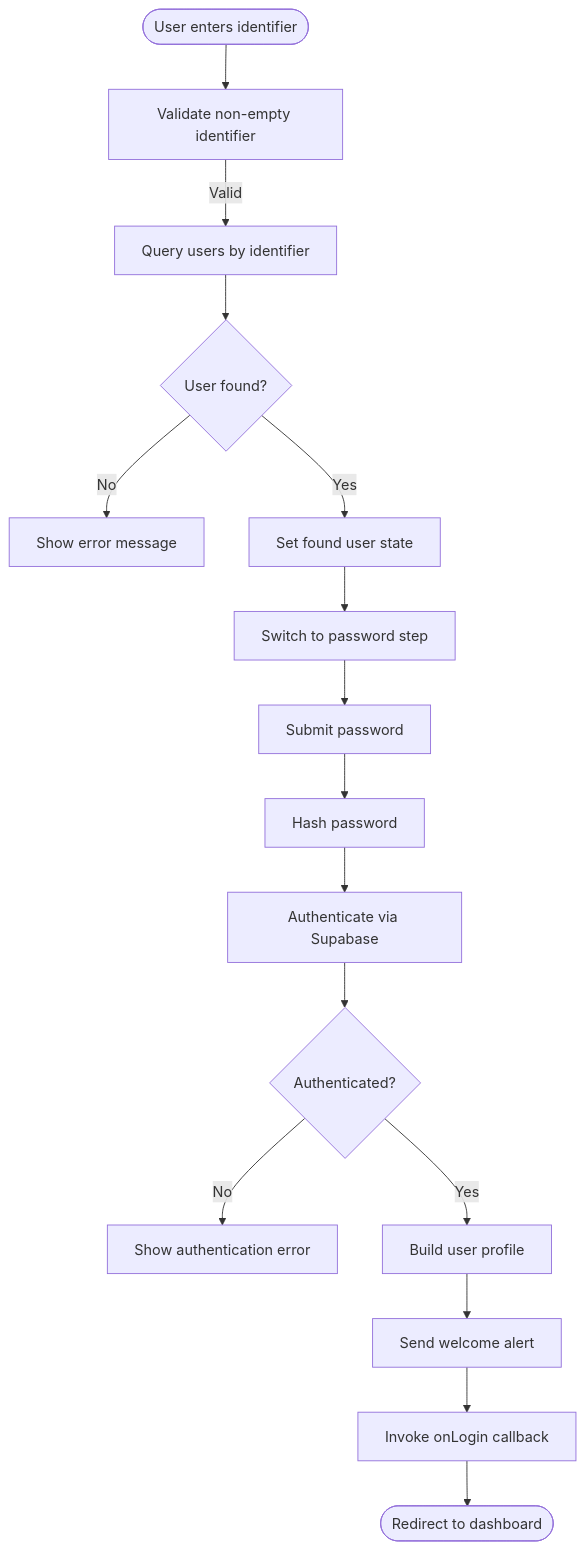
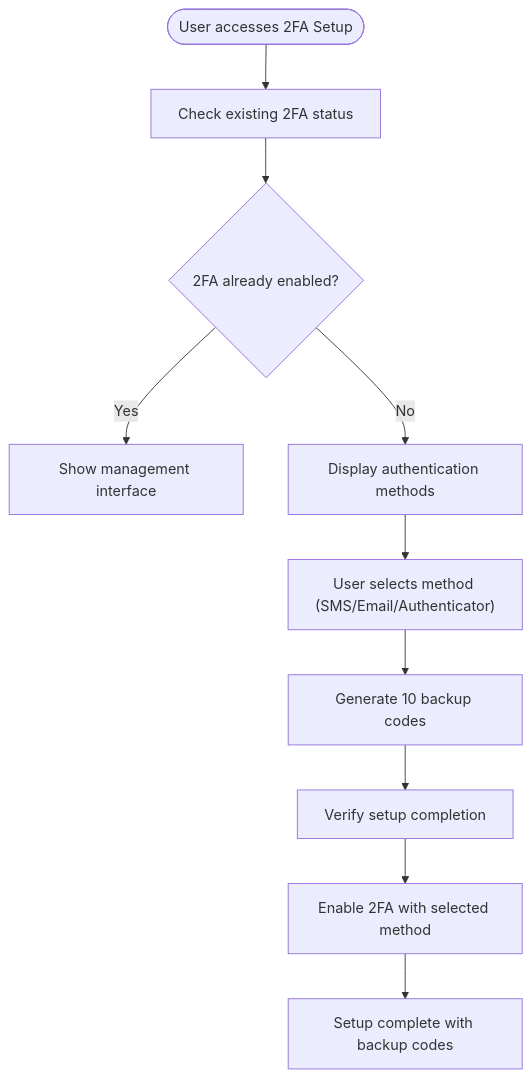
One commit to zpria/ACCOUND-ZPRIA changed the third of 9 diagrams in .qoder/repowiki/en/content/Page Components/Authentication Pages.md. Above: the diagram before and after it, drawn with Mermaid. The commit also changed other lines of this file and 12 other files, not shown here.

````diff
--- a/.qoder/repowiki/en/content/Page Components/Authentication Pages.md
+++ b/.qoder/repowiki/en/content/Page Components/Authentication Pages.md
@@ -183,18 +192,12 @@
 ```mermaid
 flowchart TD
-Start(["User enters identifier"]) --> ValidateId["Validate non-empty identifier"]
-ValidateId --> |Valid| QueryUsers["Query users by identifier"]
-QueryUsers --> Found{"User found?"}
-Found --> |No| ShowError["Show error message"]
-Found --> |Yes| SetUser["Set found user state"]
-SetUser --> SwitchStep["Switch to password step"]
-SwitchStep --> SubmitPassword["Submit password"]
-SubmitPassword --> HashPass["Hash password"]
-HashPass --> Authenticate["Authenticate via Supabase"]
-Authenticate --> Success{"Authenticated?"}
-Success --> |No| ShowAuthError["Show authentication error"]
-Success --> |Yes| BuildProfile["Build user profile"]
-BuildProfile --> SendAlert["Send welcome alert"]
-SendAlert --> OnLogin["Invoke onLogin callback"]
-OnLogin --> End(["Redirect to dashboard"])
+Start(["User accesses 2FA Setup"]) --> CheckStatus["Check existing 2FA status"]
+CheckStatus --> Has2FA{"2FA already enabled?"}
+Has2FA --> |Yes| ShowManagement["Show management interface"]
+Has2FA --> |No| ShowMethods["Display authentication methods"]
+ShowMethods --> SelectMethod["User selects method (SMS/Email/Authenticator)"]
+SelectMethod --> GenerateCodes["Generate 10 backup codes"]
+GenerateCodes --> VerifySetup["Verify setup completion"]
+VerifySetup --> Enable2FA["Enable 2FA with selected method"]
+Enable2FA --> Complete["Setup complete with backup codes"]
 ```
````
